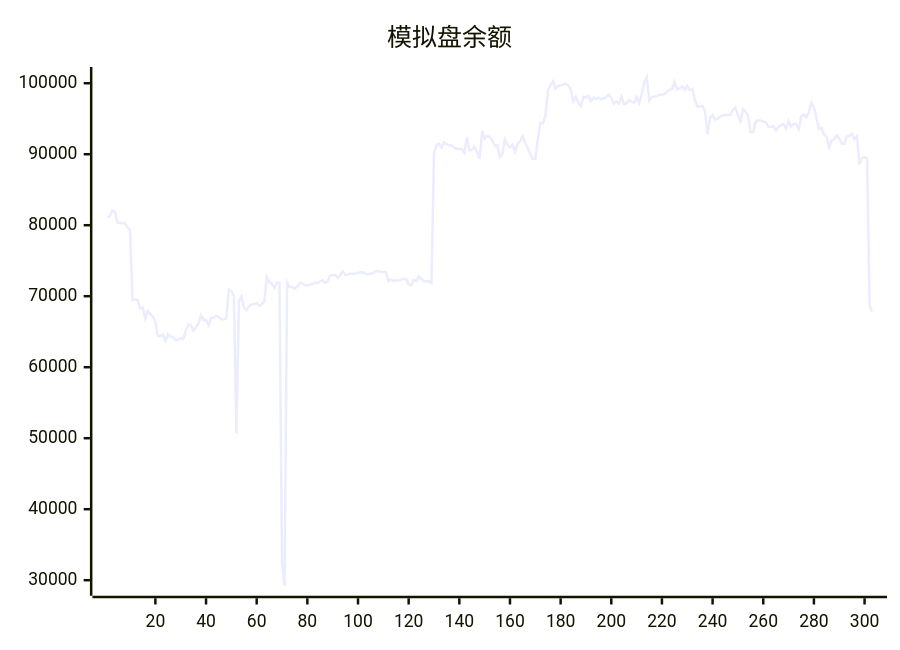
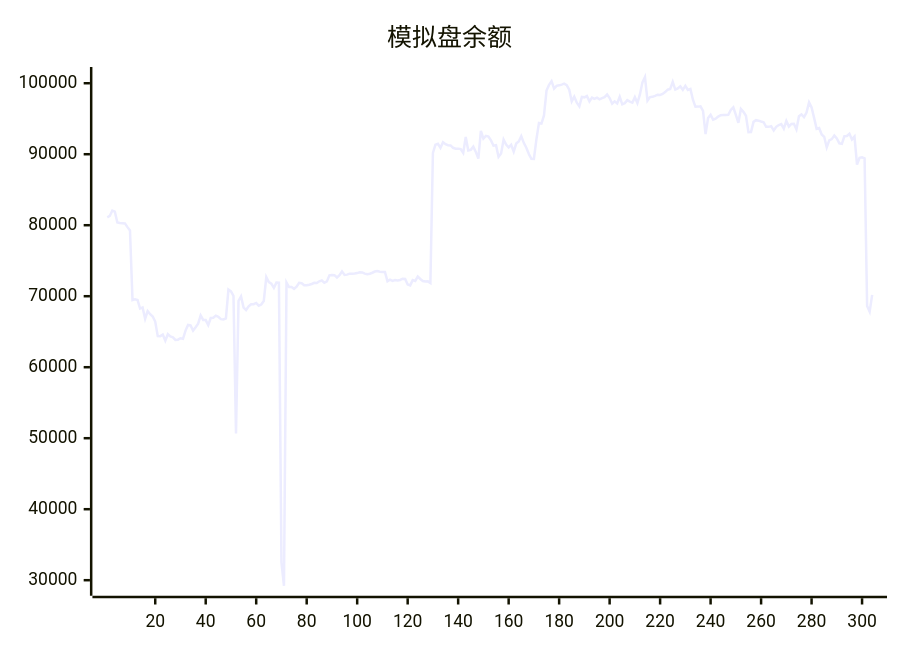
The diagram in README.md (aahl/ai-trading), drawn with Mermaid before and after one commit. The commit also changed other lines of this file and 1 other file, not shown here.

````diff
--- a/README.md
+++ b/README.md
@@ -5,5 +5,5 @@
 ```mermaid
 xychart
     title "模拟盘余额"
-    line [81118,81306,82066,81909,80392,80304,80291,80258,79729,79261,69466,69579,69456,68251,68415,66832,67911,67462,67144,66432,64380,64375,64606,63741,64647,64324,64216,63842,63877,64079,64008,65156,65945,65888,65157,65625,66144,67284,66653,66639,65924,66925,66956,67263,67108,66766,66729,66886,70927,70673,70049,50652,69334,69973,68400,68061,68578,68877,68879,69055,68662,68822,69329,72687,71999,71760,71163,71911,71896,32500,29218,71927,71297,71305,71044,71337,71883,71822,71536,71536,71622,71723,71880,71860,72100,72216,71887,72077,72940,72976,72966,72638,72948,73497,73004,73041,73173,73160,73187,73258,73375,73351,73173,73098,73161,73305,73474,73536,73457,73413,73412,72100,72333,72164,72272,72204,72285,72461,72421,71652,71521,72267,72157,72774,72425,72144,72060,72091,71858,90185,91338,91466,90900,91678,91404,91268,91244,90903,90779,90787,90721,90187,92429,90518,90619,91070,90328,89376,93286,92202,92581,92485,91947,91196,91259,89619,90086,92063,91355,90950,91327,90373,91498,91800,92531,91603,90910,90031,89351,89334,92097,94406,94315,95455,98972,99763,100286,99229,99622,99701,99805,99938,99738,99082,97430,98094,97267,96741,98081,98013,98194,97447,97983,97789,97969,97729,97911,98043,98405,97912,97120,97448,97154,98095,97021,97191,97616,97402,97263,98035,97210,98424,100121,100876,97552,98049,98085,98228,98388,98342,98488,98750,99086,99181,100188,99107,99272,99553,99072,99636,99061,99186,97674,96679,96704,96743,96096,92830,95088,95560,94866,94995,95295,95497,95531,95527,95559,96236,96597,95538,94422,96363,95972,95418,93095,93128,94558,94795,94727,94611,94508,93857,93852,93955,93340,93862,94112,94249,93603,94682,93898,94267,94288,93490,95337,95601,95226,95879,97301,96573,95113,93569,93681,92773,92453,90953,91954,92130,92637,92209,91536,91462,92532,92562,92875,92086,92488,88547,89491,89563,89429,68632,67833]
+    line [81118,81306,82066,81909,80392,80304,80291,80258,79729,79261,69466,69579,69456,68251,68415,66832,67911,67462,67144,66432,64380,64375,64606,63741,64647,64324,64216,63842,63877,64079,64008,65156,65945,65888,65157,65625,66144,67284,66653,66639,65924,66925,66956,67263,67108,66766,66729,66886,70927,70673,70049,50652,69334,69973,68400,68061,68578,68877,68879,69055,68662,68822,69329,72687,71999,71760,71163,71911,71896,32500,29218,71927,71297,71305,71044,71337,71883,71822,71536,71536,71622,71723,71880,71860,72100,72216,71887,72077,72940,72976,72966,72638,72948,73497,73004,73041,73173,73160,73187,73258,73375,73351,73173,73098,73161,73305,73474,73536,73457,73413,73412,72100,72333,72164,72272,72204,72285,72461,72421,71652,71521,72267,72157,72774,72425,72144,72060,72091,71858,90185,91338,91466,90900,91678,91404,91268,91244,90903,90779,90787,90721,90187,92429,90518,90619,91070,90328,89376,93286,92202,92581,92485,91947,91196,91259,89619,90086,92063,91355,90950,91327,90373,91498,91800,92531,91603,90910,90031,89351,89334,92097,94406,94315,95455,98972,99763,100286,99229,99622,99701,99805,99938,99738,99082,97430,98094,97267,96741,98081,98013,98194,97447,97983,97789,97969,97729,97911,98043,98405,97912,97120,97448,97154,98095,97021,97191,97616,97402,97263,98035,97210,98424,100121,100876,97552,98049,98085,98228,98388,98342,98488,98750,99086,99181,100188,99107,99272,99553,99072,99636,99061,99186,97674,96679,96704,96743,96096,92830,95088,95560,94866,94995,95295,95497,95531,95527,95559,96236,96597,95538,94422,96363,95972,95418,93095,93128,94558,94795,94727,94611,94508,93857,93852,93955,93340,93862,94112,94249,93603,94682,93898,94267,94288,93490,95337,95601,95226,95879,97301,96573,95113,93569,93681,92773,92453,90953,91954,92130,92637,92209,91536,91462,92532,92562,92875,92086,92488,88547,89491,89563,89429,68632,67833,70192]
 ```
````
